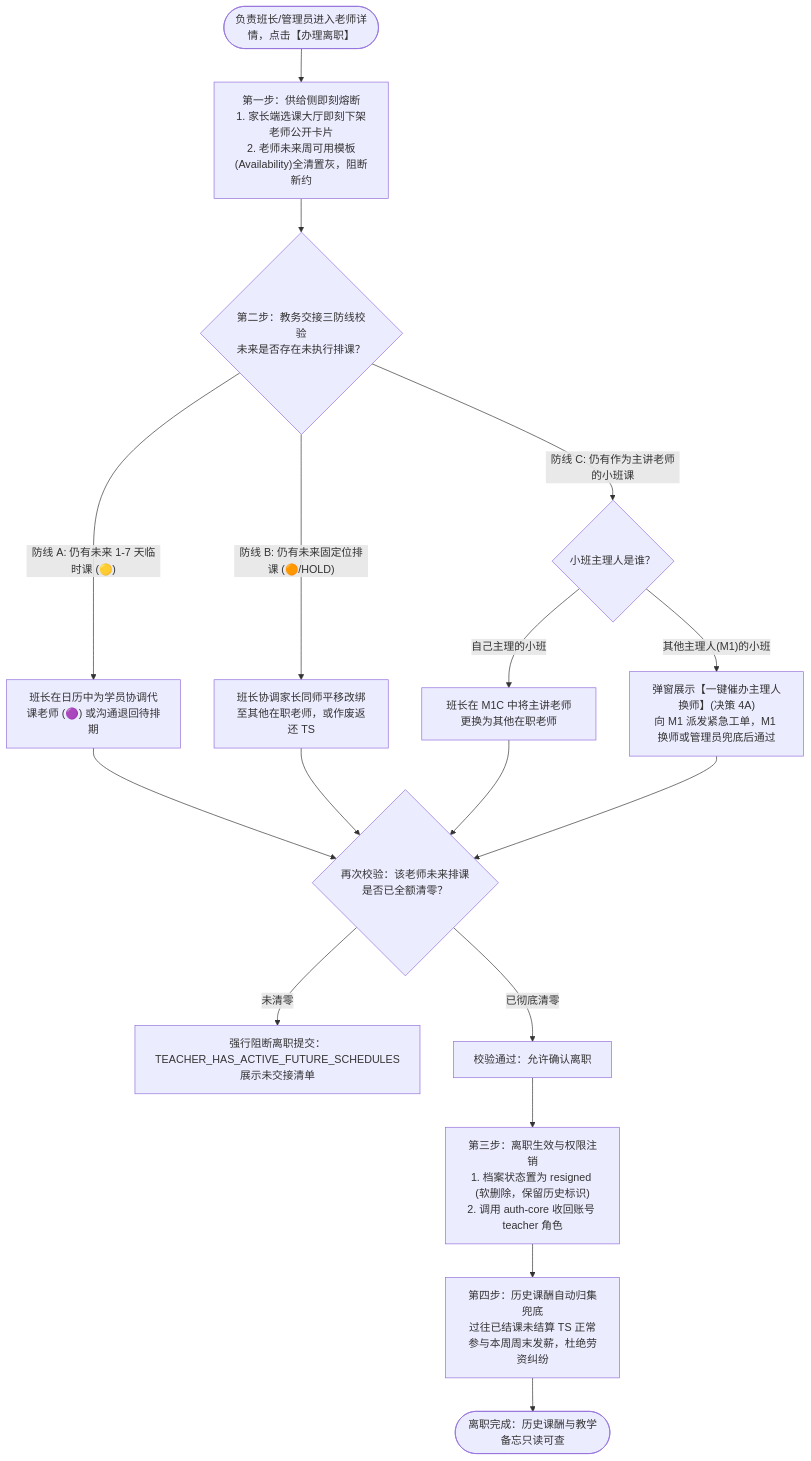
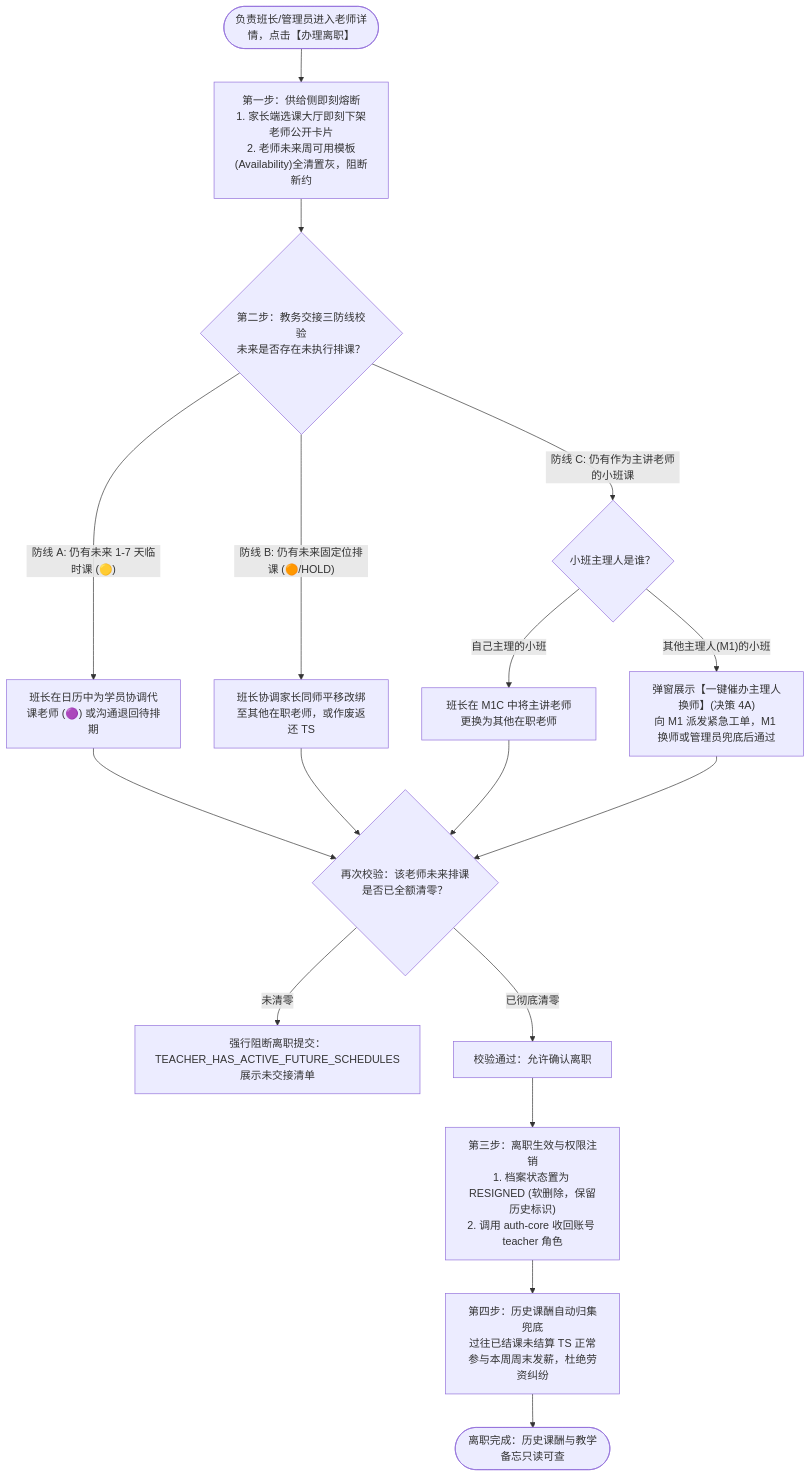
Before and after one commit to Onezao/dream: the fifth of 7 diagrams in docs/prd/m1b_teacher_profile.md, drawn with Mermaid. The commit also changed other lines of this file and 15 other files, not shown here.

````diff
--- a/docs/prd/m1b_teacher_profile.md
+++ b/docs/prd/m1b_teacher_profile.md
@@ -155,20 +155,20 @@
 ```mermaid
 flowchart TD
     Start(["负责班长/管理员进入老师详情，点击【办理离职】"]) --> DisallowNew["第一步：供给侧即刻熔断\n1. 家长端选课大厅即刻下架老师公开卡片\n2. 老师未来周可用模板(Availability)全清置灰，阻断新约"]
     
     DisallowNew --> CheckSchedules{"第二步：教务交接三防线校验\n未来是否存在未执行排课？"}
     
     CheckSchedules -->|"防线 A: 仍有未来 1-7 天临时课 (🟡)"| ResolveA["班长在日历中为学员协调代课老师 (🟣) 或沟通退回待排期"]
     CheckSchedules -->|"防线 B: 仍有未来固定位排课 (🟠/HOLD)"| ResolveB["班长协调家长同师平移改绑至其他在职老师，或作废返还 TS"]
     CheckSchedules -->|"防线 C: 仍有作为主讲老师的小班课"| CheckOwner{"小班主理人是谁？"}
     CheckOwner -->|"自己主理的小班"| SelfChange["班长在 M1C 中将主讲老师更换为其他在职老师"]
     CheckOwner -->|"其他主理人(M1)的小班"| CollabChange["弹窗展示【一键催办主理人换师】(决策 4A)\n向 M1 派发紧急工单，M1 换师或管理员兜底后通过"]
     
     ResolveA & ResolveB & SelfChange & CollabChange --> Recheck{"再次校验：该老师未来排课是否已全额清零？"}
     Recheck -->|"未清零"| BlockSubmit["强行阻断离职提交：TEACHER_HAS_ACTIVE_FUTURE_SCHEDULES\n展示未交接清单"]
     Recheck -->|"已彻底清零"| PassInspection["校验通过：允许确认离职"]
     
-    PassInspection --> ExecDismiss["第三步：离职生效与权限注销\n1. 档案状态置为 resigned (软删除，保留历史标识)\n2. 调用 auth-core 收回账号 teacher 角色"]
+    PassInspection --> ExecDismiss["第三步：离职生效与权限注销\n1. 档案状态置为 RESIGNED (软删除，保留历史标识)\n2. 调用 auth-core 收回账号 teacher 角色"]
     ExecDismiss --> SettlePayroll["第四步：历史课酬自动归集兜底\n过往已结课未结算 TS 正常参与本周周末发薪，杜绝劳资纠纷"]
     SettlePayroll --> Done(["离职完成：历史课酬与教学备忘只读可查"])
 ```
````
